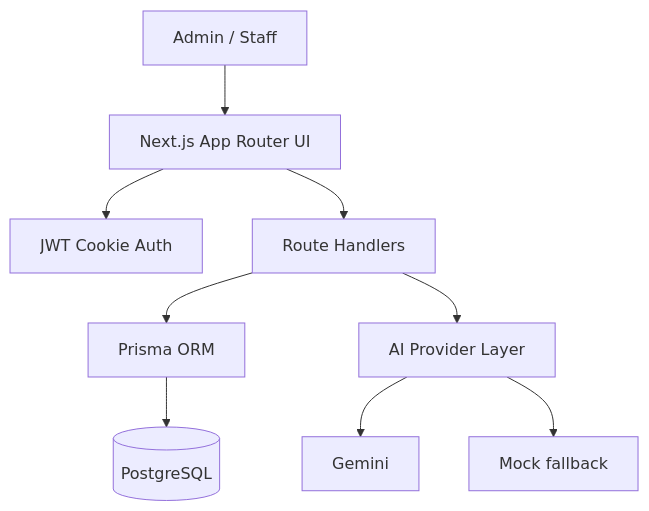
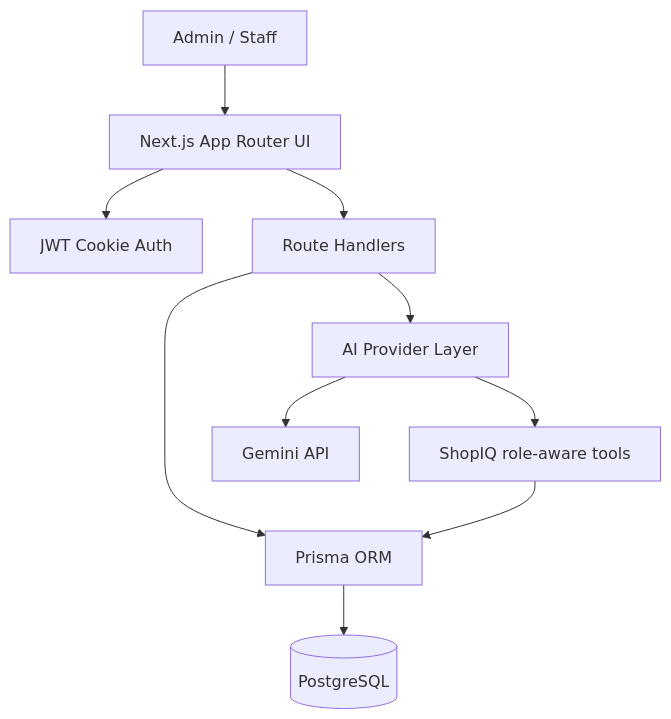
Before and after one commit to Omnicode786/Cis-2024-Muzammil: the diagram in SQL/ShopIQ/README.md, drawn with Mermaid. The commit also changed other lines of this file and 9 other files, not shown here.

````diff
--- a/SQL/ShopIQ/README.md
+++ b/SQL/ShopIQ/README.md
@@ -37,11 +37,12 @@
 ```mermaid
 flowchart TB
   User[Admin / Staff] --> UI[Next.js App Router UI]
   UI --> Auth[JWT Cookie Auth]
   UI --> API[Route Handlers]
   API --> Prisma[Prisma ORM]
   Prisma --> DB[(PostgreSQL)]
   API --> AI[AI Provider Layer]
-  AI --> Gemini[Gemini]
-  AI --> Mock[Mock fallback]
+  AI --> Gemini[Gemini API]
+  AI --> Tools[ShopIQ role-aware tools]
+  Tools --> Prisma
 ```
````
